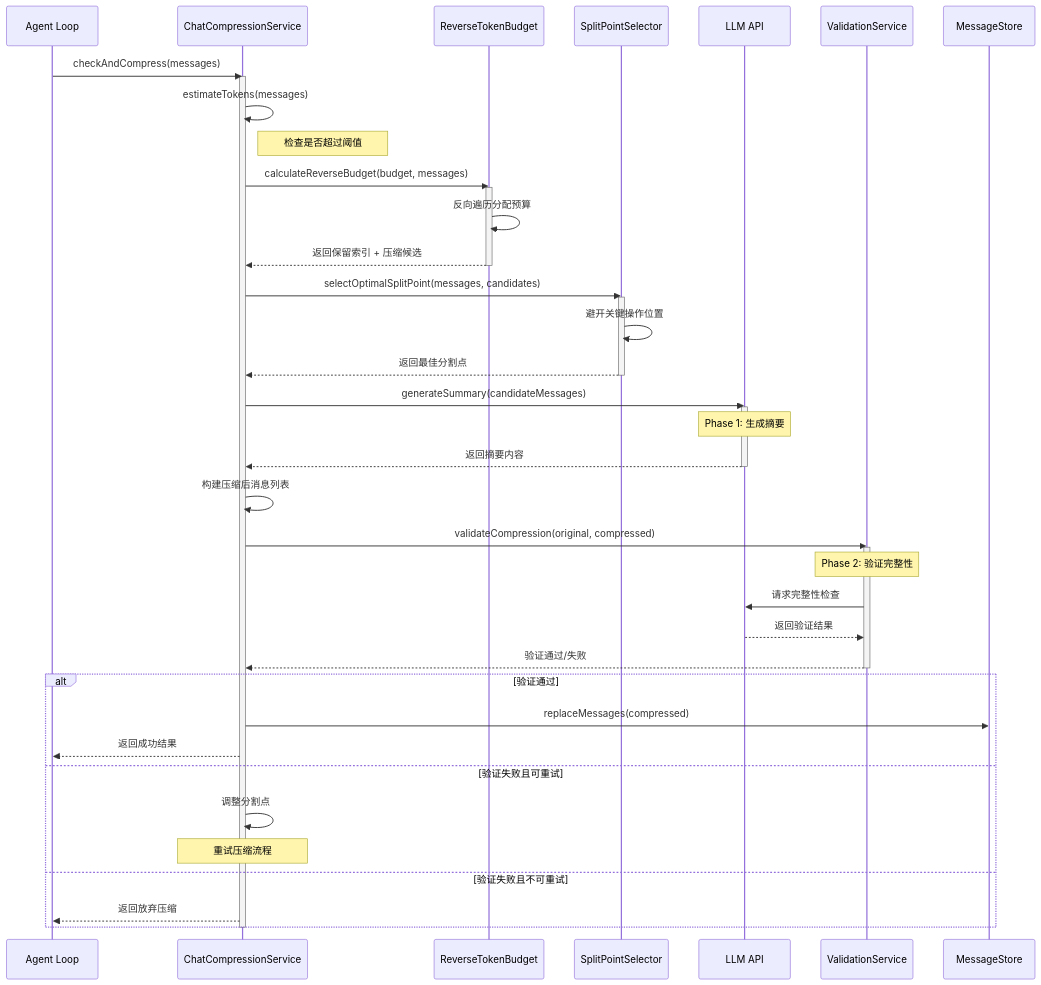
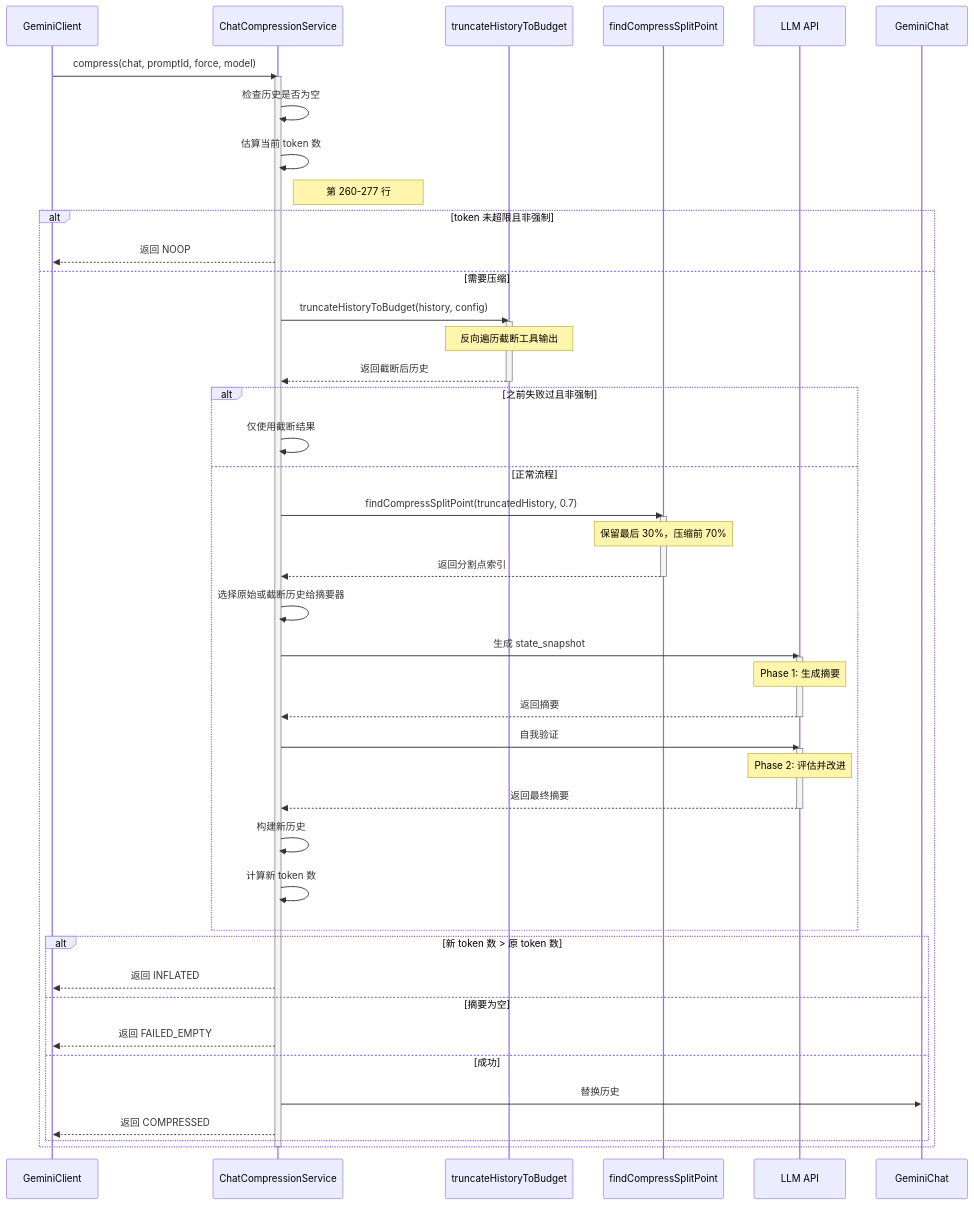
One commit to giraffe-tree/agent-base changed the fifth of 11 diagrams in docs/gemini-cli/questions/gemini-cli-context-compaction.md. Above: the diagram before and after it, drawn with Mermaid. The commit also changed other lines of this file and 39 other files, not shown here.

````diff
--- a/docs/gemini-cli/questions/gemini-cli-context-compaction.md
+++ b/docs/gemini-cli/questions/gemini-cli-context-compaction.md
@@ -272,56 +310,64 @@
 ```mermaid
 sequenceDiagram
-    participant U as Agent Loop
-    participant C as ChatCompressionService
-    participant B as ReverseTokenBudget
-    participant S as SplitPointSelector
+    participant U as GeminiClient
+    participant S as ChatCompressionService
+    participant T as truncateHistoryToBudget
+    participant F as findCompressSplitPoint
     participant L as LLM API
-    participant V as ValidationService
-    participant M as MessageStore
+    participant G as GeminiChat
 
-    U->>C: checkAndCompress(messages)
-    activate C
+    U->>S: compress(chat, promptId, force, model)
+    activate S
 
-    C->>C: estimateTokens(messages)
-    Note right of C: 检查是否超过阈值
+    S->>S: 检查历史是否为空
+    S->>S: 估算当前 token 数
+    Note right of S: 第 260-277 行
 
-    C->>B: calculateReverseBudget(budget, messages)
-    activate B
-    B->>B: 反向遍历分配预算
-    B-->>C: 返回保留索引 + 压缩候选
-    deactivate B
+    alt token 未超限且非强制
+        S-->>U: 返回 NOOP
+    else 需要压缩
+        S->>T: truncateHistoryToBudget(history, config)
+        activate T
+        Note over T: 反向遍历截断工具输出
+        T-->>S: 返回截断后历史
+        deactivate T
 
-    C->>S: selectOptimalSplitPoint(messages, candidates)
-    activate S
-    S->>S: 避开关键操作位置
-    S-->>C: 返回最佳分割点
-    deactivate S
+        alt 之前失败过且非强制
+            S->>S: 仅使用截断结果
+        else 正常流程
+            S->>F: findCompressSplitPoint(truncatedHistory, 0.7)
+            activate F
+            Note over F: 保留最后 30%，压缩前 70%
+            F-->>S: 返回分割点索引
+            deactivate F
 
-    C->>L: generateSummary(candidateMessages)
-    activate L
-    Note over L: Phase 1: 生成摘要
-    L-->>C: 返回摘要内容
-    deactivate L
+            S->>S: 选择原始或截断历史给摘要器
 
-    C->>C: 构建压缩后消息列表
+            S->>L: 生成 state_snapshot
+            activate L
+            Note over L: Phase 1: 生成摘要
+            L-->>S: 返回摘要
+            deactivate L
 
-    C->>V: validateCompression(original, compressed)
-    activate V
-    Note over V: Phase 2: 验证完整性
-    V->>L: 请求完整性检查
-    L-->>V: 返回验证结果
-    V-->>C: 验证通过/失败
-    deactivate V
+            S->>L: 自我验证
+            activate L
+            Note over L: Phase 2: 评估并改进
+            L-->>S: 返回最终摘要
+            deactivate L
 
-    alt 验证通过
-        C->>M: replaceMessages(compressed)
-        C-->>U: 返回成功结果
-    else 验证失败且可重试
-        C->>C: 调整分割点
-        Note over C: 重试压缩流程
-    else 验证失败且不可重试
-        C-->>U: 返回放弃压缩
+            S->>S: 构建新历史
+            S->>S: 计算新 token 数
+        end
+
+        alt 新 token 数 > 原 token 数
+            S-->>U: 返回 INFLATED
+        else 摘要为空
+            S-->>U: 返回 FAILED_EMPTY
+        else 成功
+            S->>G: 替换历史
+            S-->>U: 返回 COMPRESSED
+        end
     end
 
-    deactivate C
+    deactivate S
 ```
````
